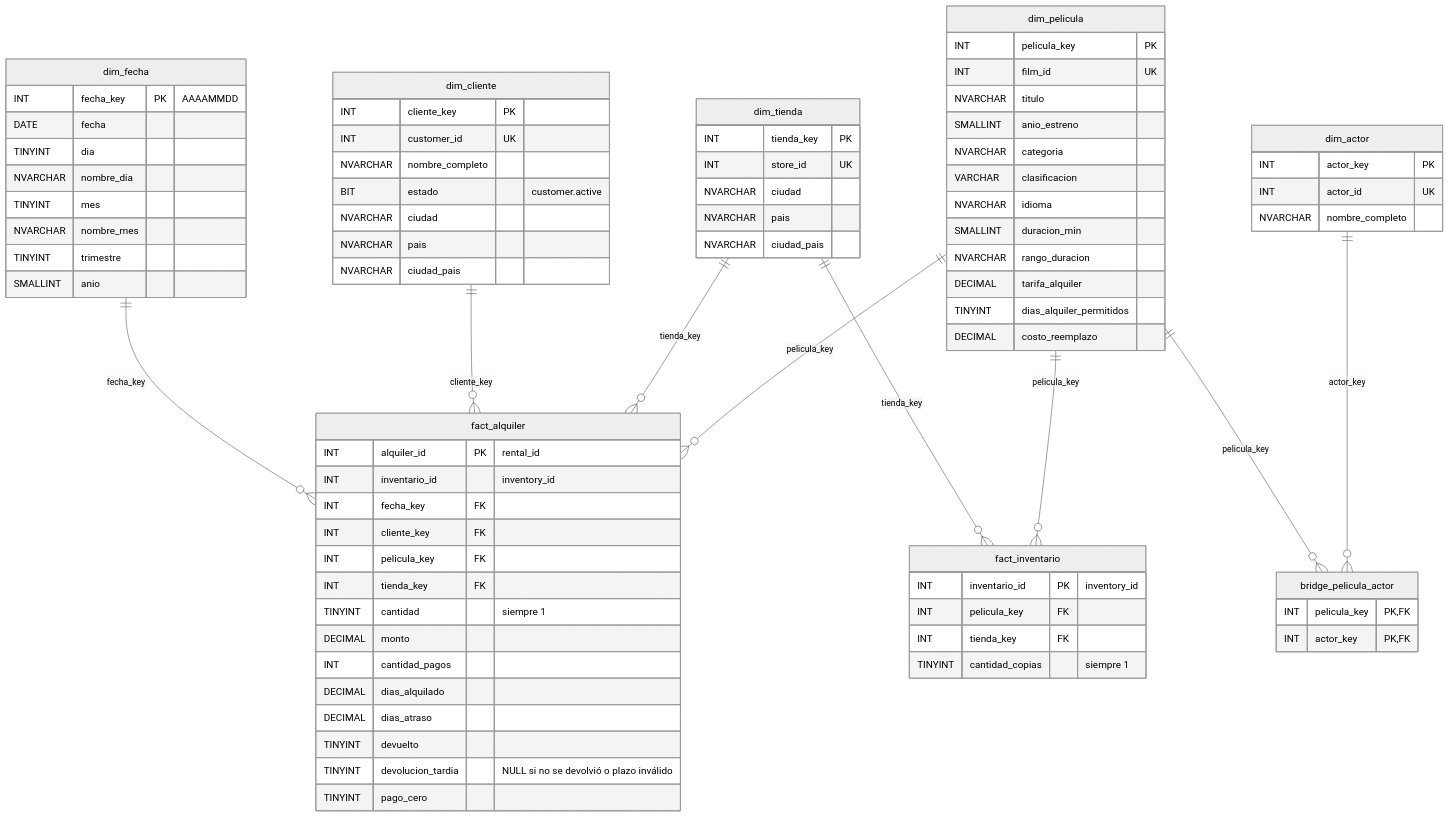
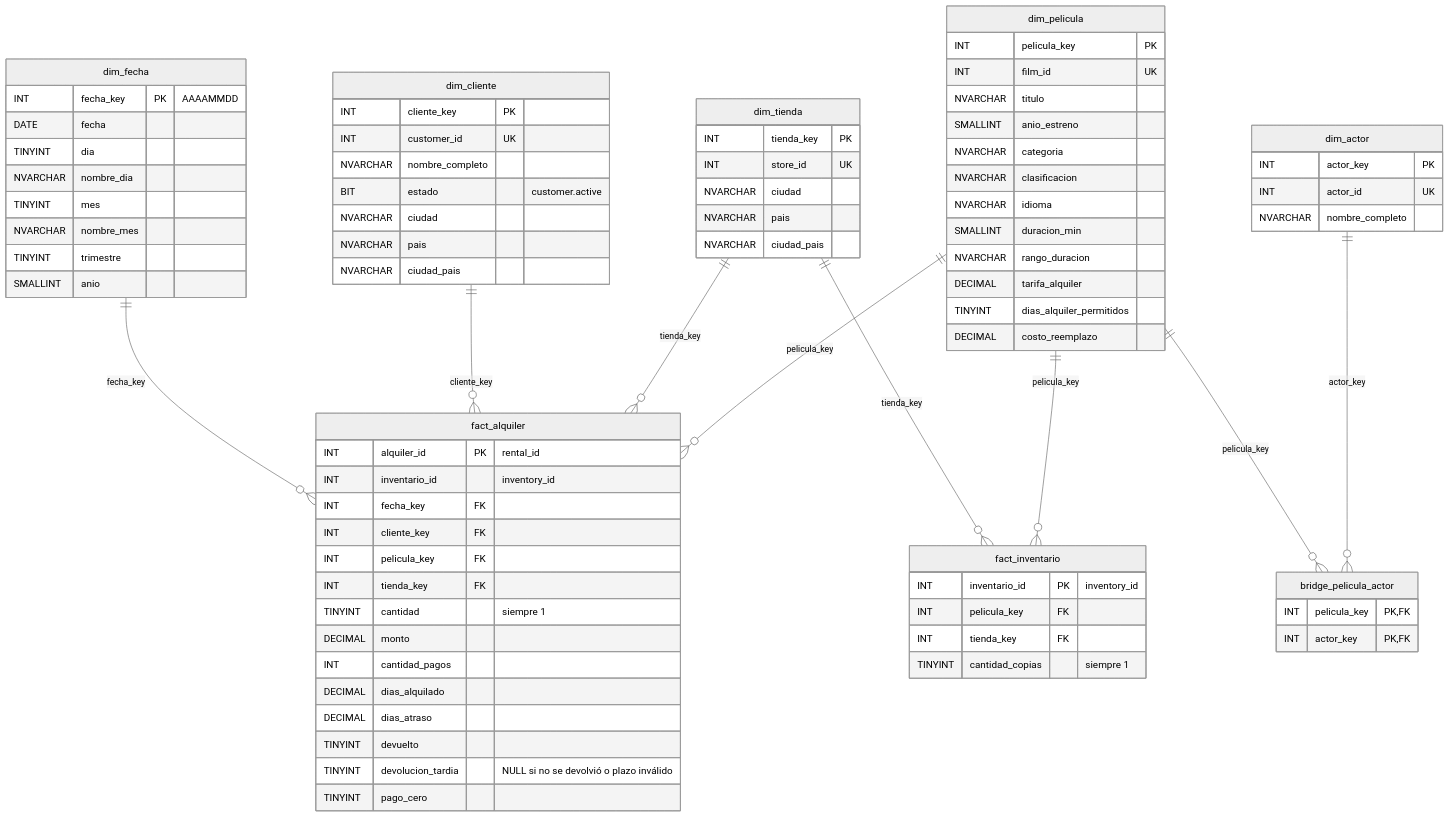
One commit to marcoalq9/PROYECTO_1_MINERIA-dw-invacom-alteryx changed the diagram in docs/modelo/04-diagrama-dw.mmd. Above: the diagram before and after it, drawn with Mermaid (neutral theme). The commit also changed 2 other files, not shown here.

```diff
--- a/docs/modelo/04-diagrama-dw.mmd
+++ b/docs/modelo/04-diagrama-dw.mmd
@@ -1,81 +1,81 @@
 erDiagram
     dim_fecha ||--o{ fact_alquiler : "fecha_key"
     dim_cliente ||--o{ fact_alquiler : "cliente_key"
     dim_tienda ||--o{ fact_alquiler : "tienda_key"
     dim_pelicula ||--o{ fact_alquiler : "pelicula_key"
     dim_tienda ||--o{ fact_inventario : "tienda_key"
     dim_pelicula ||--o{ fact_inventario : "pelicula_key"
     dim_pelicula ||--o{ bridge_pelicula_actor : "pelicula_key"
     dim_actor ||--o{ bridge_pelicula_actor : "actor_key"
 
     fact_alquiler {
         INT alquiler_id PK "rental_id"
         INT inventario_id "inventory_id"
         INT fecha_key FK
         INT cliente_key FK
         INT pelicula_key FK
         INT tienda_key FK
         TINYINT cantidad "siempre 1"
         DECIMAL monto
         INT cantidad_pagos
         DECIMAL dias_alquilado
         DECIMAL dias_atraso
         TINYINT devuelto
         TINYINT devolucion_tardia "NULL si no se devolvió o plazo inválido"
         TINYINT pago_cero
     }
     fact_inventario {
         INT inventario_id PK "inventory_id"
         INT pelicula_key FK
         INT tienda_key FK
         TINYINT cantidad_copias "siempre 1"
     }
     dim_fecha {
         INT fecha_key PK "AAAAMMDD"
         DATE fecha
         TINYINT dia
         NVARCHAR nombre_dia
         TINYINT mes
         NVARCHAR nombre_mes
         TINYINT trimestre
         SMALLINT anio
     }
     dim_cliente {
         INT cliente_key PK
         INT customer_id UK
         NVARCHAR nombre_completo
         BIT estado "customer.active"
         NVARCHAR ciudad
         NVARCHAR pais
         NVARCHAR ciudad_pais
     }
     dim_pelicula {
         INT pelicula_key PK
         INT film_id UK
         NVARCHAR titulo
         SMALLINT anio_estreno
         NVARCHAR categoria
-        VARCHAR clasificacion
+        NVARCHAR clasificacion
         NVARCHAR idioma
         SMALLINT duracion_min
         NVARCHAR rango_duracion
         DECIMAL tarifa_alquiler
         TINYINT dias_alquiler_permitidos
         DECIMAL costo_reemplazo
     }
     dim_tienda {
         INT tienda_key PK
         INT store_id UK
         NVARCHAR ciudad
         NVARCHAR pais
         NVARCHAR ciudad_pais
     }
     dim_actor {
         INT actor_key PK
         INT actor_id UK
         NVARCHAR nombre_completo
     }
     bridge_pelicula_actor {
         INT pelicula_key PK,FK
         INT actor_key PK,FK
     }
```
